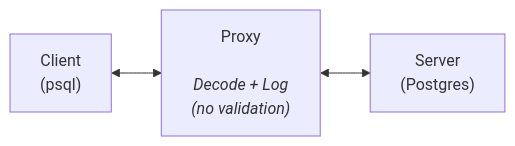
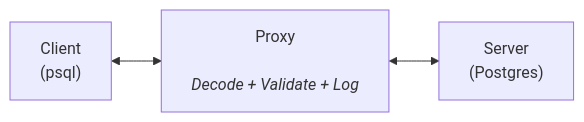
Before and after one commit to DHUKK/pygwire: the second of 2 diagrams in docs/examples/auth-proxy.md, drawn with Mermaid. The commit also changed other lines of this file and 14 other files, not shown here.

````diff
--- a/docs/examples/auth-proxy.md
+++ b/docs/examples/auth-proxy.md
@@ -64,9 +50,9 @@
 ```mermaid
 flowchart LR
     Client["Client<br/>(psql)"]
-    Proxy["Proxy<br/><br/><i>Decode + Log</i><br/><i>(no validation)</i>"]
+    Proxy["Proxy<br/><br/><i>Decode + Validate + Log</i>"]
     Server["Server<br/>(Postgres)"]
 
     Client <--> Proxy
     Proxy <--> Server
 ```
````
